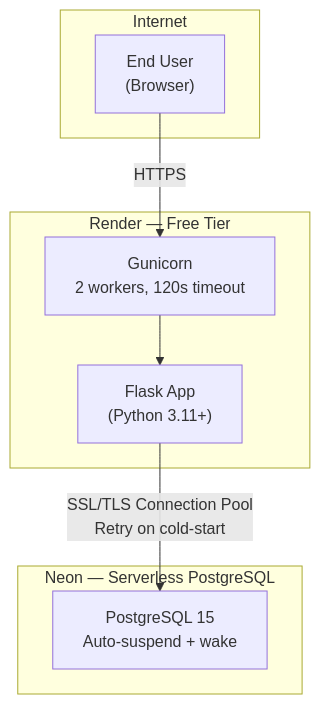
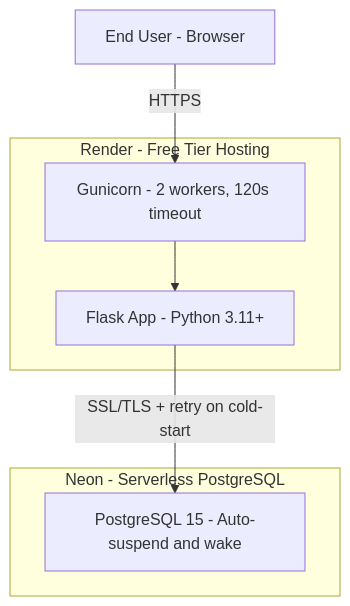
One commit to nikhiljha97/tradejournal changed the fourth of 4 diagrams in README.md. Above: the diagram before and after it, drawn with Mermaid. The commit also changed other lines of this file, not shown here.

Commit message:
fix: correct Mermaid syntax — remove direction TB inside subgraphs, strip em dashes from node labels

````diff
--- a/README.md
+++ b/README.md
@@ -186,19 +183,17 @@
 ```mermaid
 graph TB
-    subgraph Internet
-        USR["End User\n(Browser)"]
-    end
+    USR["End User - Browser"]
 
-    subgraph Render["Render — Free Tier"]
-        GUN["Gunicorn\n2 workers, 120s timeout"]
-        APP["Flask App\n(Python 3.11+)"]
+    subgraph Render["Render - Free Tier Hosting"]
+        GUN["Gunicorn - 2 workers, 120s timeout"]
+        APP["Flask App - Python 3.11+"]
         GUN --> APP
     end
 
-    subgraph Neon["Neon — Serverless PostgreSQL"]
-        PG["PostgreSQL 15\nAuto-suspend + wake"]
+    subgraph Neon["Neon - Serverless PostgreSQL"]
+        PG["PostgreSQL 15 - Auto-suspend and wake"]
     end
 
     USR -->|HTTPS| GUN
-    APP -->|SSL/TLS Connection Pool\nRetry on cold-start| PG
+    APP -->|SSL/TLS + retry on cold-start| PG
 ```
````
